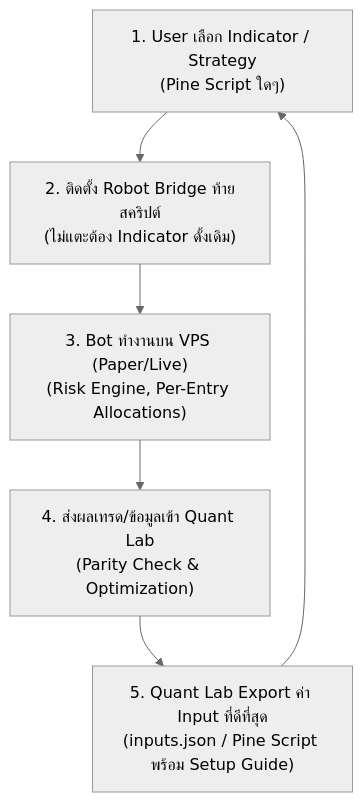
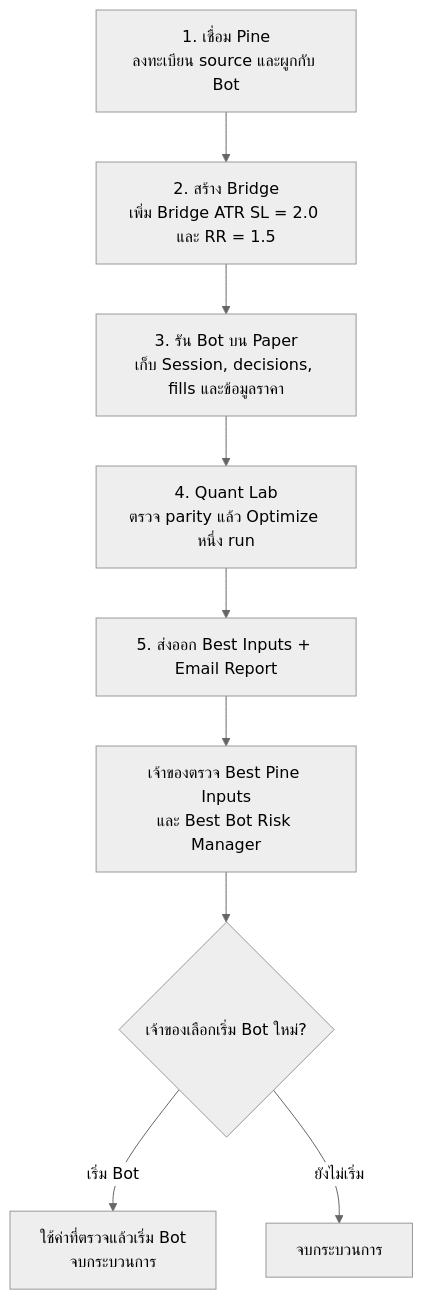
Before and after one commit to sanchatmd-dev/trading-bot: the diagram in Context.md, drawn with Mermaid (neutral theme). The commit also changed other lines of this file and 8 other files, not shown here.

````diff
--- a/Context.md
+++ b/Context.md
@@ -49,8 +44,11 @@
 ```mermaid
 flowchart TD
-    S1["1. User เลือก Indicator / Strategy<br/>(Pine Script ใดๆ)"] --> S2["2. ติดตั้ง Robot Bridge ท้ายสคริปต์<br/>(ไม่แตะต้อง Indicator ดั้งเดิม)"]
-    S2 --> S3["3. Bot ทำงานบน VPS (Paper/Live)<br/>(Risk Engine, Per-Entry Allocations)"]
-    S3 --> S4["4. ส่งผลเทรด/ข้อมูลเข้า Quant Lab<br/>(Parity Check & Optimization)"]
-    S4 --> S5["5. Quant Lab Export ค่า Input ที่ดีที่สุด<br/>(inputs.json / Pine Script พร้อม Setup Guide)"]
-    S5 --> S1
+    S1["1. เชื่อม Pine<br/>ลงทะเบียน source และผูกกับ Bot"] --> S2["2. สร้าง Bridge<br/>เพิ่ม Bridge ATR SL = 2.0 และ RR = 1.5"]
+    S2 --> S3["3. รัน Bot บน Paper<br/>เก็บ Session, decisions, fills และข้อมูลราคา"]
+    S3 --> S4["4. Quant Lab<br/>ตรวจ parity แล้ว Optimize หนึ่ง run"]
+    S4 --> S5["5. ส่งออก Best Inputs + Email Report"]
+    S5 --> S6["เจ้าของตรวจ Best Pine Inputs<br/>และ Best Bot Risk Manager"]
+    S6 --> S7{"เจ้าของเลือกเริ่ม Bot ใหม่?"}
+    S7 -->|เริ่ม Bot| S8["ใช้ค่าที่ตรวจแล้วเริ่ม Bot<br/>จบกระบวนการ"]
+    S7 -->|ยังไม่เริ่ม| S9["จบกระบวนการ"]
 ```
````
